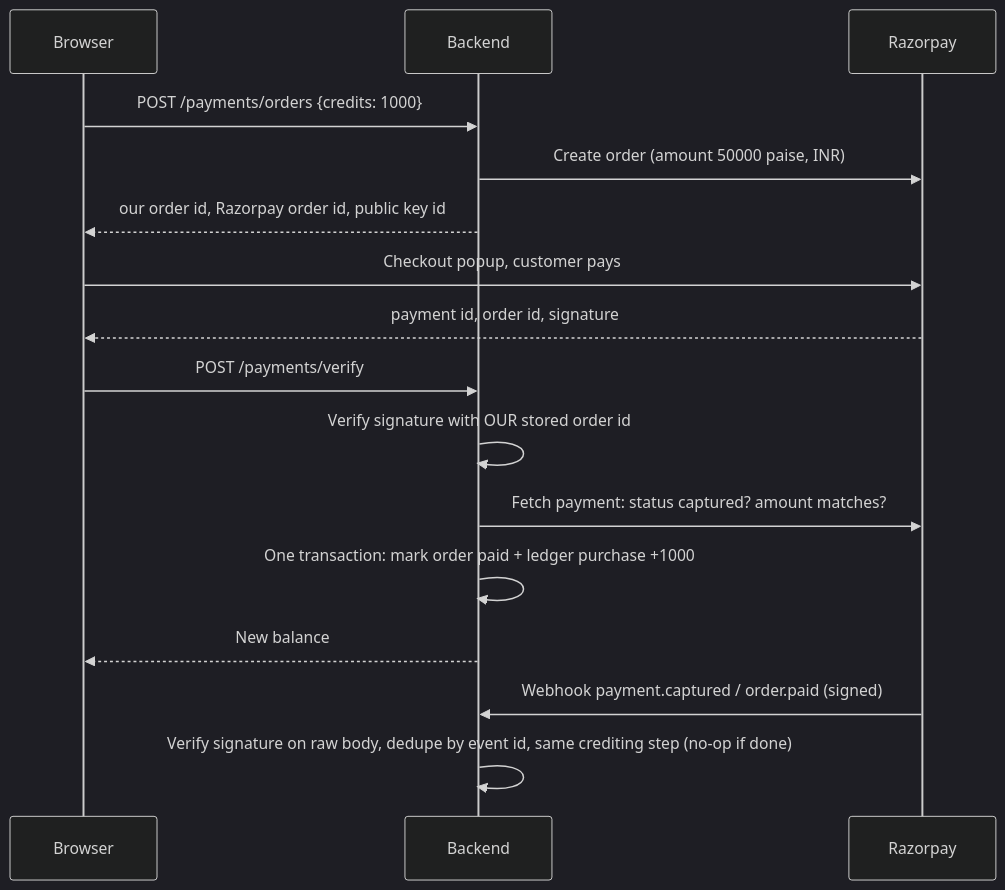
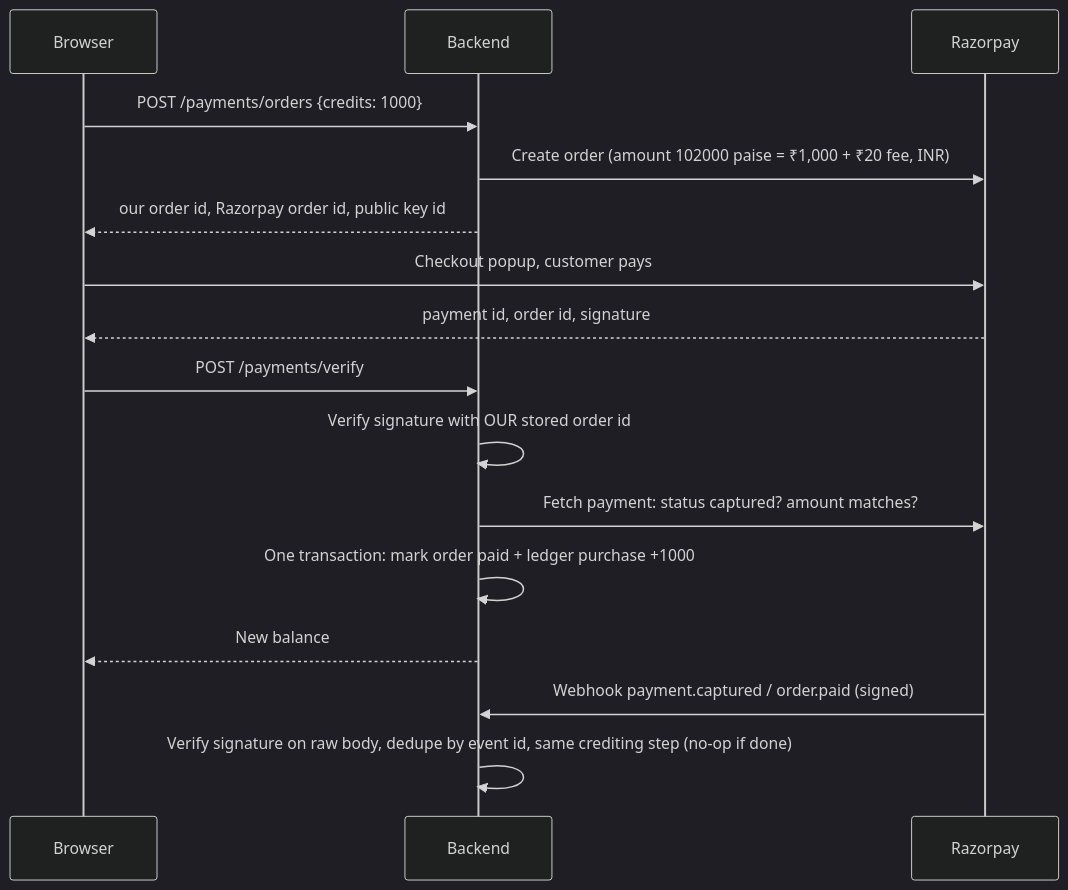
One commit to spatel-ai/frame-forge changed the second of 2 diagrams in docs/HLD.md. Above: the diagram before and after it, drawn with Mermaid (dark theme). The commit also changed other lines of this file and 6 other files, not shown here.

````diff
--- a/docs/HLD.md
+++ b/docs/HLD.md
@@ -164,18 +164,18 @@
 ```mermaid
 sequenceDiagram
     participant B as Browser
     participant A as Backend
     participant R as Razorpay
     B->>A: POST /payments/orders {credits: 1000}
-    A->>R: Create order (amount 50000 paise, INR)
+    A->>R: Create order (amount 102000 paise = ₹1,000 + ₹20 fee, INR)
     A-->>B: our order id, Razorpay order id, public key id
     B->>R: Checkout popup, customer pays
     R-->>B: payment id, order id, signature
     B->>A: POST /payments/verify
     A->>A: Verify signature with OUR stored order id
     A->>R: Fetch payment: status captured? amount matches?
     A->>A: One transaction: mark order paid + ledger purchase +1000
     A-->>B: New balance
     R->>A: Webhook payment.captured / order.paid (signed)
     A->>A: Verify signature on raw body, dedupe by event id, same crediting step (no-op if done)
 ```
````
